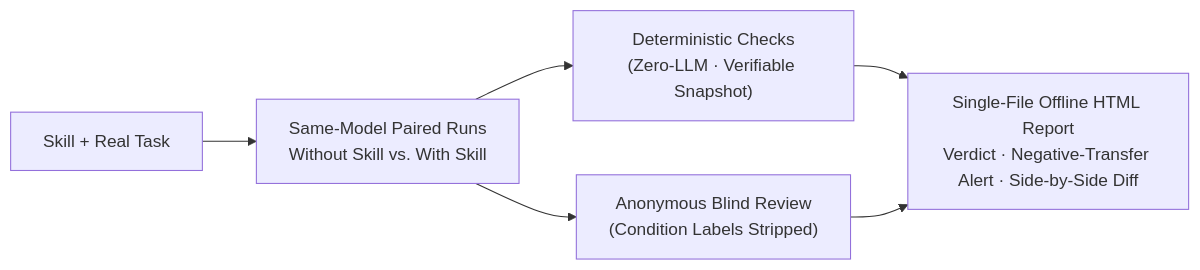
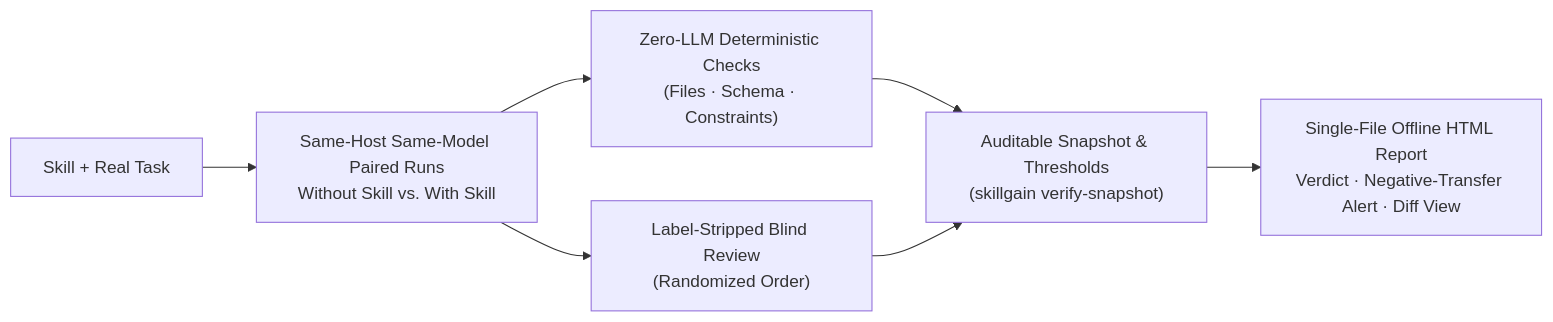
The diagram in README_EN.md (dylanma8232-art/daming-skillgain), drawn with Mermaid before and after one commit. The commit also changed other lines of this file and 7 other files, not shown here.

Commit message:
docs(readme): switch to clean technical header, real v2.1.1 report screenshot & full CLI guide

````diff
--- a/README_EN.md
+++ b/README_EN.md
@@ -120,8 +116,9 @@
 ```mermaid
 flowchart LR
-    A["Skill + Real Task"] --> B["Same-Model Paired Runs<br/>Without Skill vs. With Skill"]
-    B --> C["Deterministic Checks<br/>(Zero-LLM · Verifiable Snapshot)"]
-    B --> D["Anonymous Blind Review<br/>(Condition Labels Stripped)"]
-    C --> E["Single-File Offline HTML Report<br/>Verdict · Negative-Transfer Alert · Side-by-Side Diff"]
+    A["Skill + Real Task"] --> B["Same-Host Same-Model Paired Runs<br/>Without Skill vs. With Skill"]
+    B --> C["Zero-LLM Deterministic Checks<br/>(Files · Schema · Constraints)"]
+    B --> D["Label-Stripped Blind Review<br/>(Randomized Order)"]
+    C --> E["Auditable Snapshot & Thresholds<br/>(skillgain verify-snapshot)"]
     D --> E
+    E --> F["Single-File Offline HTML Report<br/>Verdict · Negative-Transfer Alert · Diff View"]
 ```
````
